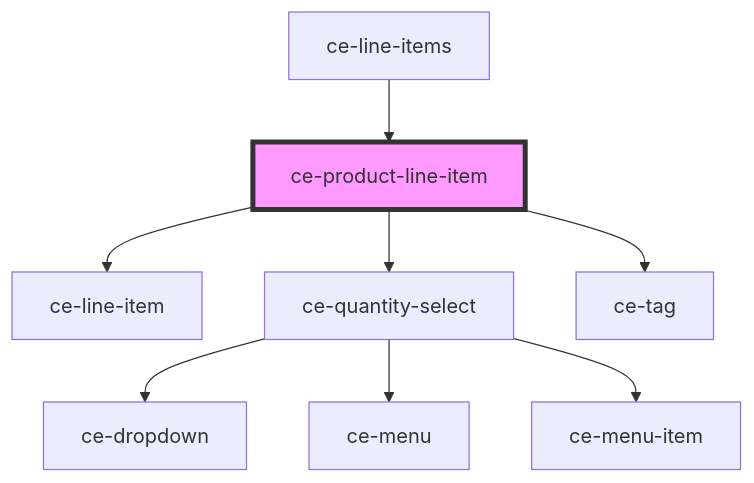
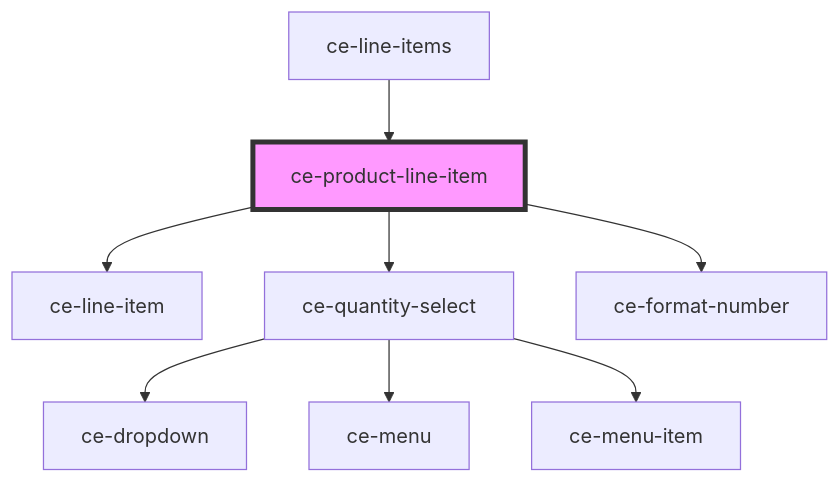
Before and after one commit to surecart/surecart-wp-plugin: the diagram in packages/components/src/components/ui/product-line-item/readme.md, drawn with Mermaid. The commit also changed other lines of this file and 50 other files, not shown here.

````diff
--- a/packages/components/src/components/ui/product-line-item/readme.md
+++ b/packages/components/src/components/ui/product-line-item/readme.md
@@ -42,11 +43,11 @@
 ```mermaid
 graph TD;
   ce-product-line-item --> ce-line-item
   ce-product-line-item --> ce-quantity-select
-  ce-product-line-item --> ce-tag
+  ce-product-line-item --> ce-format-number
   ce-quantity-select --> ce-dropdown
   ce-quantity-select --> ce-menu
   ce-quantity-select --> ce-menu-item
   ce-line-items --> ce-product-line-item
   style ce-product-line-item fill:#f9f,stroke:#333,stroke-width:4px
 ```
````
